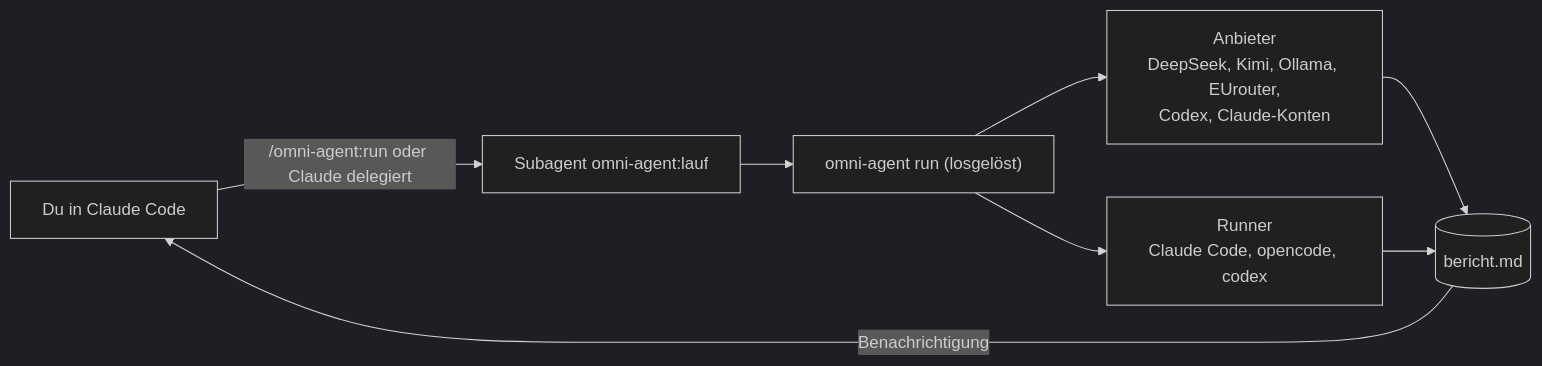
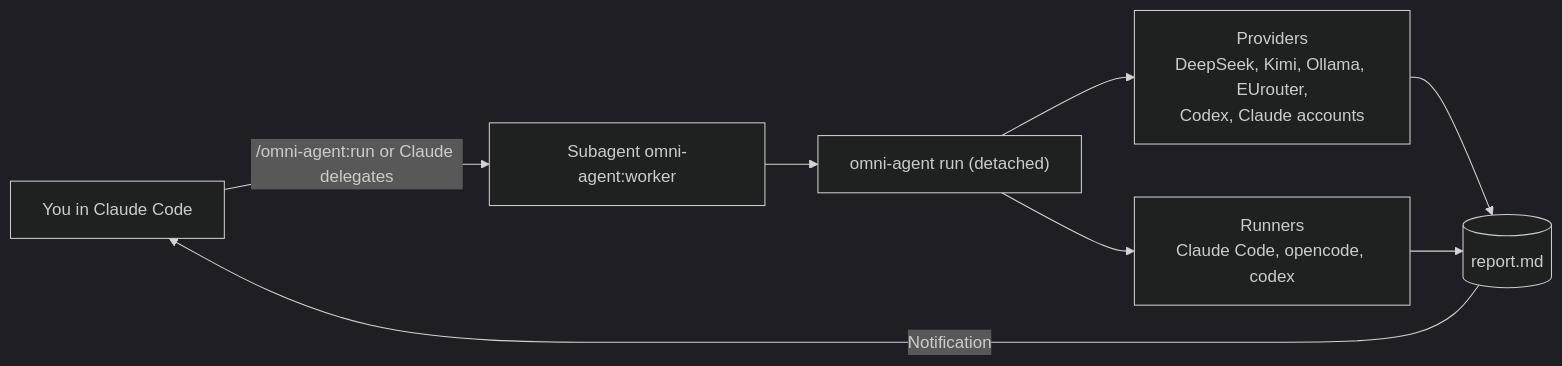
The diagram in README.md (alexodexo/omni-agent), drawn with Mermaid (dark theme) before and after one commit. The commit also changed other lines of this file and 73 other files, not shown here.

````diff
--- a/README.md
+++ b/README.md
@@ -76,10 +76,10 @@
 ```mermaid
 flowchart LR
-    U["Du in Claude Code"] -->|"/omni-agent:run oder Claude delegiert"| S["Subagent omni-agent:lauf"]
-    S --> K["omni-agent run (losgelöst)"]
-    K --> A["Anbieter<br/>DeepSeek, Kimi, Ollama, EUrouter,<br/>Codex, Claude-Konten"]
-    K --> R["Runner<br/>Claude Code, opencode, codex"]
-    A --> B[("bericht.md")]
+    U["You in Claude Code"] -->|"/omni-agent:run or Claude delegates"| S["Subagent omni-agent:worker"]
+    S --> K["omni-agent run (detached)"]
+    K --> A["Providers<br/>DeepSeek, Kimi, Ollama, EUrouter,<br/>Codex, Claude accounts"]
+    K --> R["Runners<br/>Claude Code, opencode, codex"]
+    A --> B[("report.md")]
     R --> B
-    B -->|"Benachrichtigung"| U
+    B -->|"Notification"| U
 ```
````
